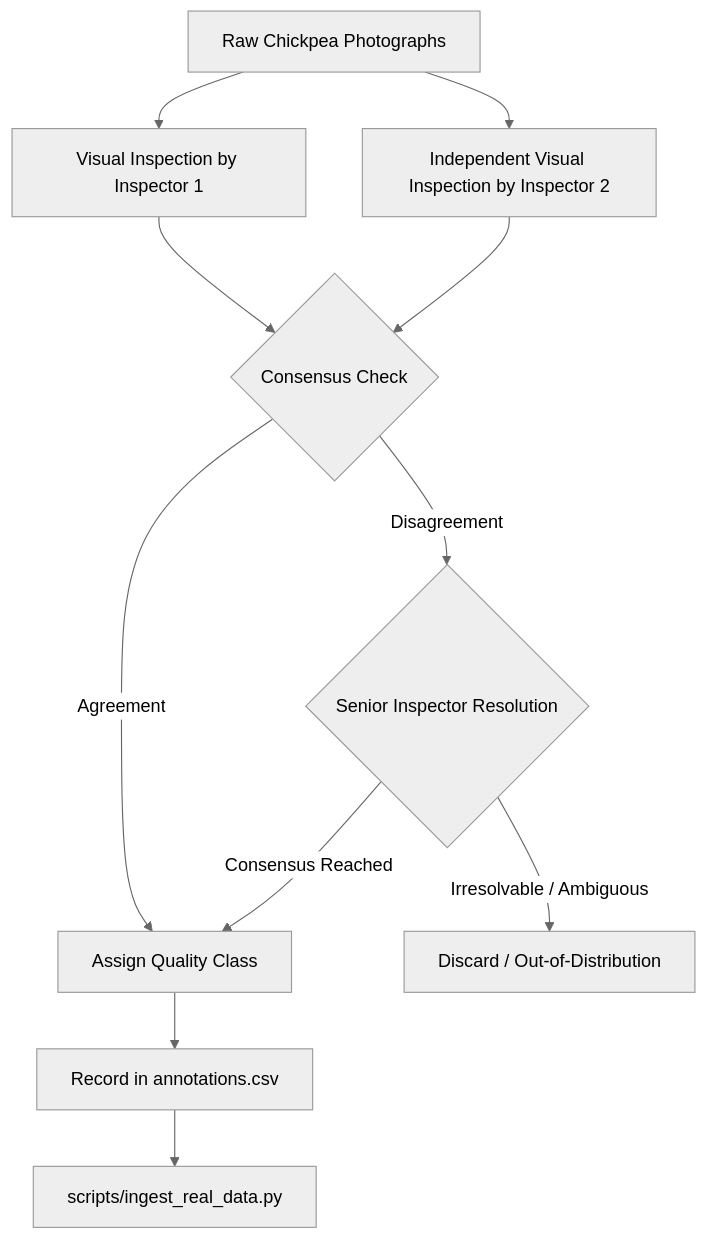
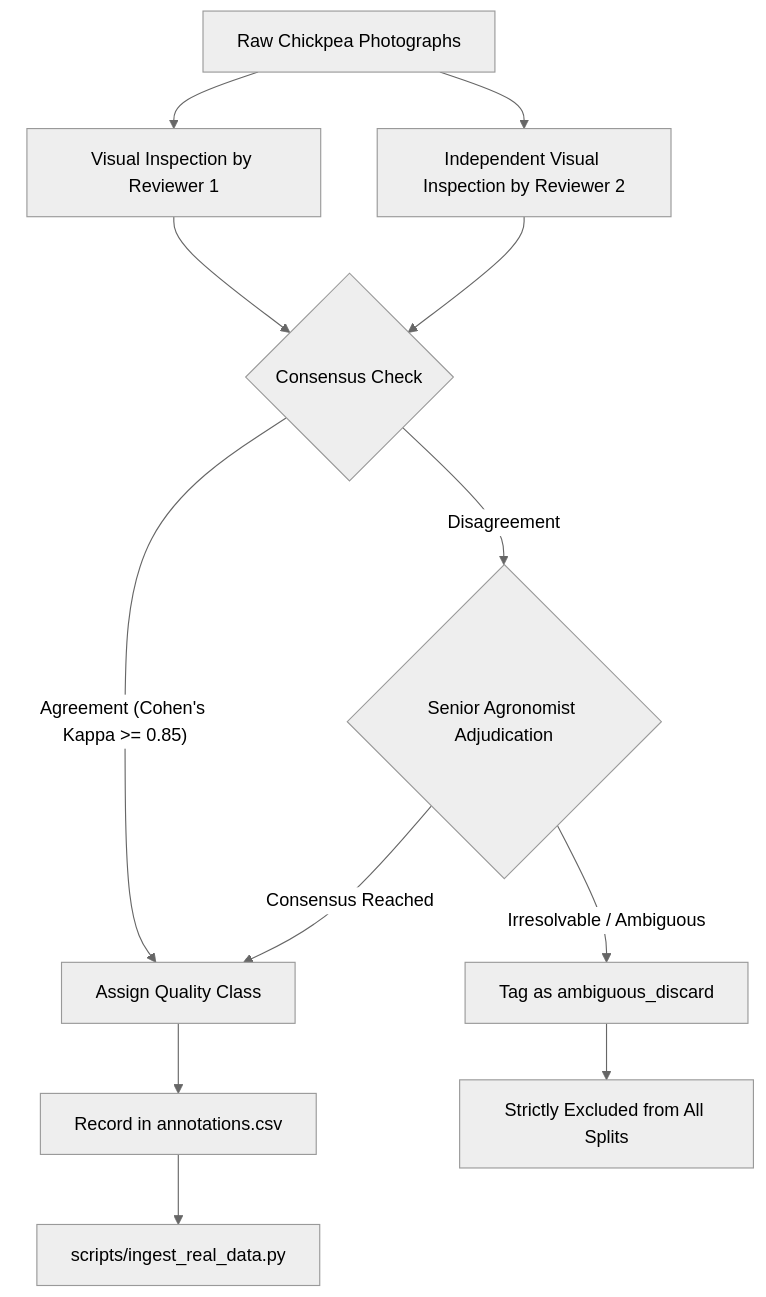
Before and after one commit to Om-Talaviya/SeedVision-AI: the diagram in docs/REAL_DATA_ACQUISITION_WORKFLOW.md, drawn with Mermaid (neutral theme). The commit also changed other lines of this file and 7 other files, not shown here.

Commit message:
feat: complete final pre-training audit, statutory standards review, annotations.csv ingestion, and provenance isolation

````diff
--- a/docs/REAL_DATA_ACQUISITION_WORKFLOW.md
+++ b/docs/REAL_DATA_ACQUISITION_WORKFLOW.md
@@ -35,12 +69,13 @@
 ```mermaid
 flowchart TD
-    A[Raw Chickpea Photographs] --> B[Visual Inspection by Inspector 1]
-    A --> C[Independent Visual Inspection by Inspector 2]
+    A[Raw Chickpea Photographs] --> B[Visual Inspection by Reviewer 1]
+    A --> C[Independent Visual Inspection by Reviewer 2]
     B & C --> D{Consensus Check}
-    D -- Agreement --> E[Assign Quality Class]
-    D -- Disagreement --> F{Senior Inspector Resolution}
+    D -- Agreement (Cohen's Kappa >= 0.85) --> E[Assign Quality Class]
+    D -- Disagreement --> F{Senior Agronomist Adjudication}
     F -- Consensus Reached --> E
-    F -- Irresolvable / Ambiguous --> G[Discard / Out-of-Distribution]
-    E --> H[Record in annotations.csv]
-    H --> I[scripts/ingest_real_data.py]
+    F -- Irresolvable / Ambiguous --> G[Tag as ambiguous_discard]
+    G --> H[Strictly Excluded from All Splits]
+    E --> I[Record in annotations.csv]
+    I --> J[scripts/ingest_real_data.py]
 ```
````
